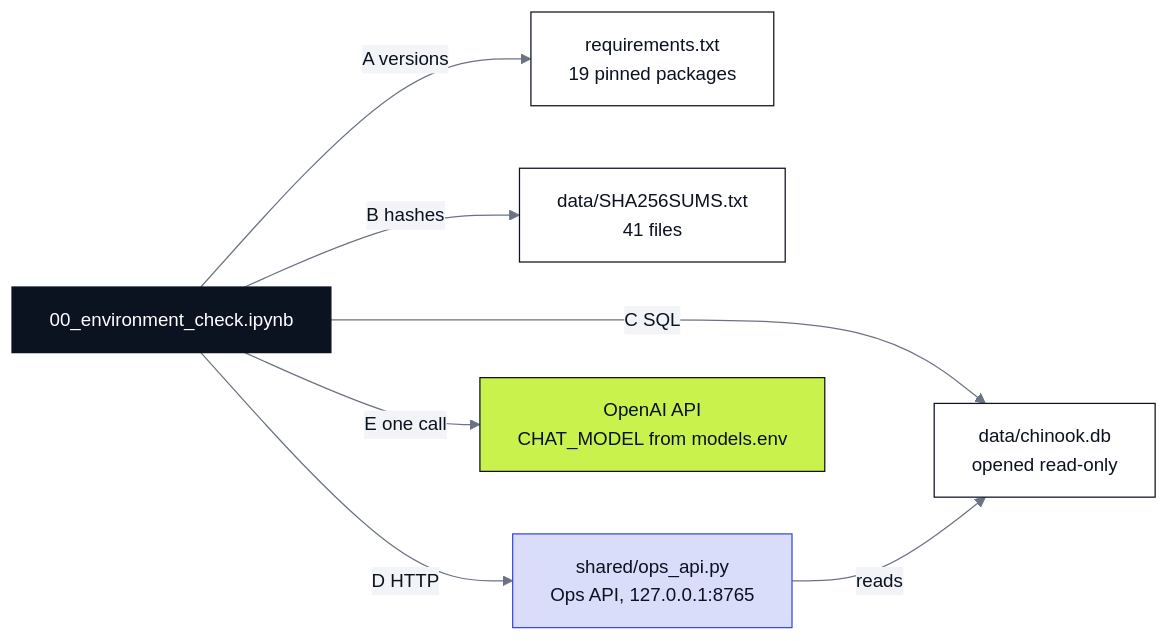
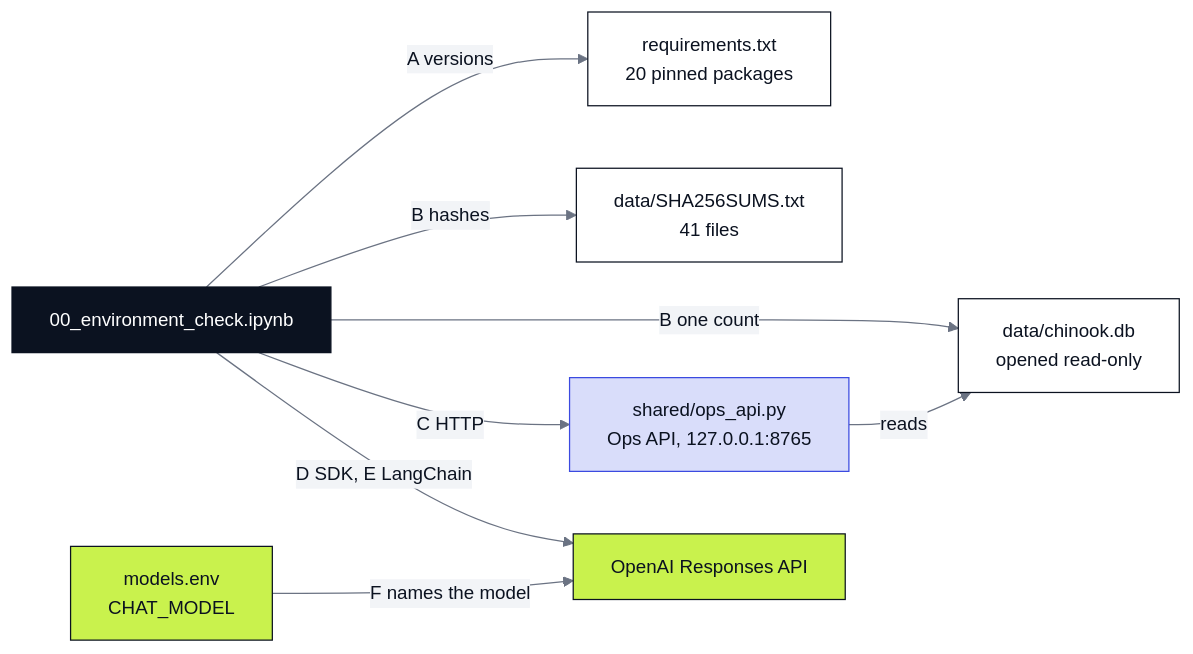
The diagram in 00_Environment_Check/resources/lab00_checks.mmd (skjagini/agentic_ai_conversational_agents), drawn with Mermaid before and after one commit. The commit also changed 3 other files, not shown here.

```diff
--- a/00_Environment_Check/resources/lab00_checks.mmd
+++ b/00_Environment_Check/resources/lab00_checks.mmd
@@ -1,24 +1,27 @@
 %%{init: {"theme": "base", "flowchart": {"curve": "basis", "wrappingWidth": 360}, "themeVariables": {"fontFamily": "IBM Plex Mono, monospace", "fontSize": "15px", "primaryColor": "#FFFFFF", "primaryBorderColor": "#0B1220", "primaryTextColor": "#0B1220", "lineColor": "#6B7383", "edgeLabelBackground": "#F2F4F7"}}}%%
 %% Lab 00: what each part of the notebook checks.
 %% Export: npx -y @mermaid-js/mermaid-cli -i lab00_checks.mmd -o lab00_checks.png -b white -s 2
 flowchart LR
     NB["00_environment_check.ipynb"]
-    REQ["requirements.txt<br>19 pinned packages"]
+    REQ["requirements.txt<br>20 pinned packages"]
     SUMS["data/SHA256SUMS.txt<br>41 files"]
     DB["data/chinook.db<br>opened read-only"]
     API["shared/ops_api.py<br>Ops API, 127.0.0.1:8765"]
-    OAI["OpenAI API<br>CHAT_MODEL from models.env"]
+    ENV["models.env<br>CHAT_MODEL"]
+    OAI["OpenAI Responses API"]
 
     NB -- "A versions" --> REQ
     NB -- "B hashes" --> SUMS
-    NB -- "C SQL" --> DB
-    NB -- "D HTTP" --> API
+    NB -- "B one count" --> DB
+    NB -- "C HTTP" --> API
     API -- "reads" --> DB
-    NB -- "E one call" --> OAI
+    NB -- "D SDK, E LangChain" --> OAI
+    ENV -- "F names the model" --> OAI
 
     classDef ink fill:#0B1220,stroke:#0B1220,color:#FFFFFF
     classDef indigo fill:#D9DDFA,stroke:#3B4AE0,color:#0B1220
     classDef lime fill:#C9F24D,stroke:#0B1220,color:#0B1220
     class NB ink
     class API indigo
+    class ENV lime
     class OAI lime
```
